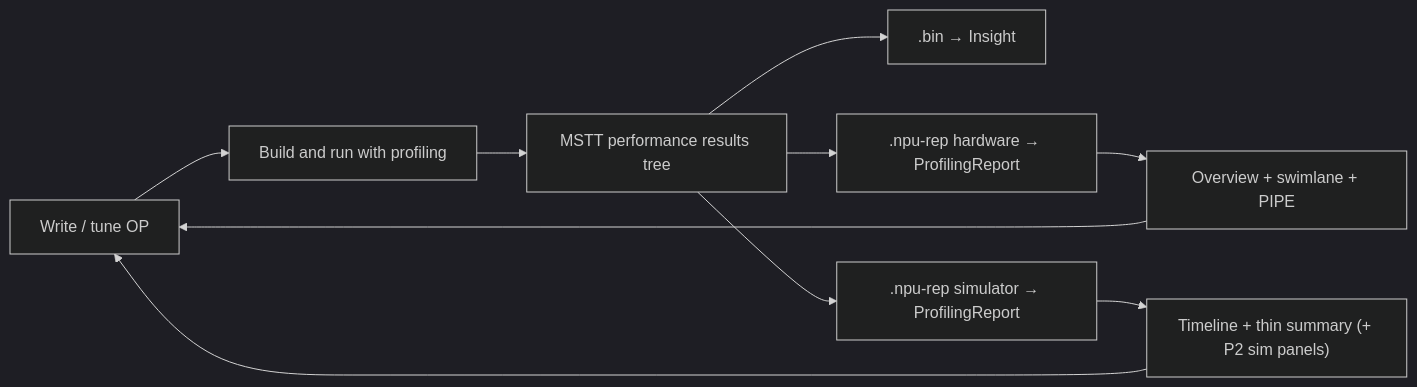
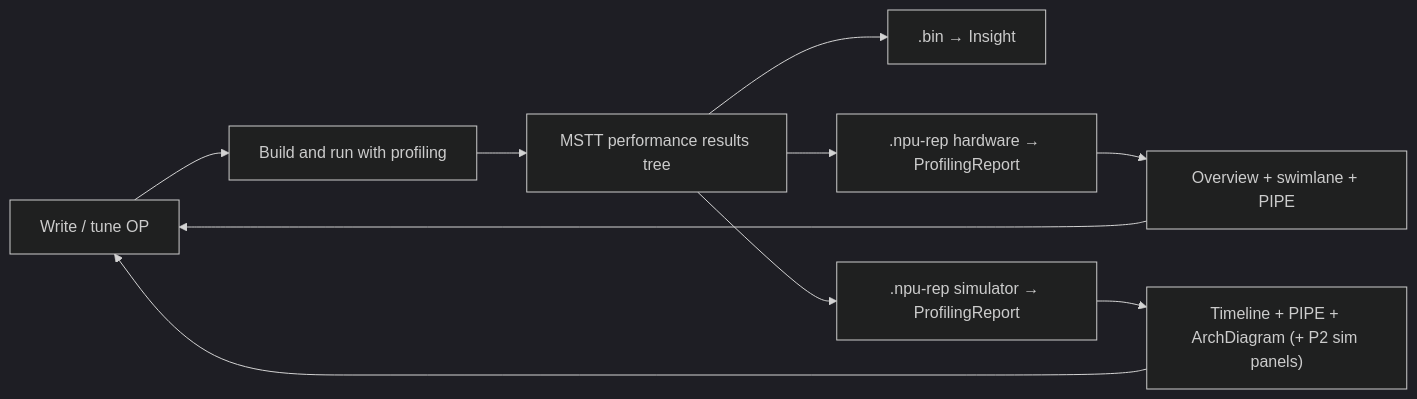
Before and after one commit to IdeFrontend/profiling-report: the diagram in docs/context/DOMAIN_AND_USERS.md, drawn with Mermaid (dark theme). The commit also changed 27 other files, not shown here.

````diff
--- a/docs/context/DOMAIN_AND_USERS.md
+++ b/docs/context/DOMAIN_AND_USERS.md
@@ -42,12 +42,12 @@
 ```mermaid
 flowchart LR
   Write["Write / tune OP"] --> Build["Build and run with profiling"]
   Build --> Tree["MSTT performance results tree"]
   Tree --> Bin[".bin → Insight"]
   Tree --> Rep[".npu-rep hardware → ProfilingReport"]
   Tree --> Sim[".npu-rep simulator → ProfilingReport"]
   Rep --> Diagnose["Overview + swimlane + PIPE"]
-  Sim --> DiagnoseSim["Timeline + thin summary (+ P2 sim panels)"]
+  Sim --> DiagnoseSim["Timeline + PIPE + ArchDiagram (+ P2 sim panels)"]
   Diagnose --> Write
   DiagnoseSim --> Write
 ```
````
